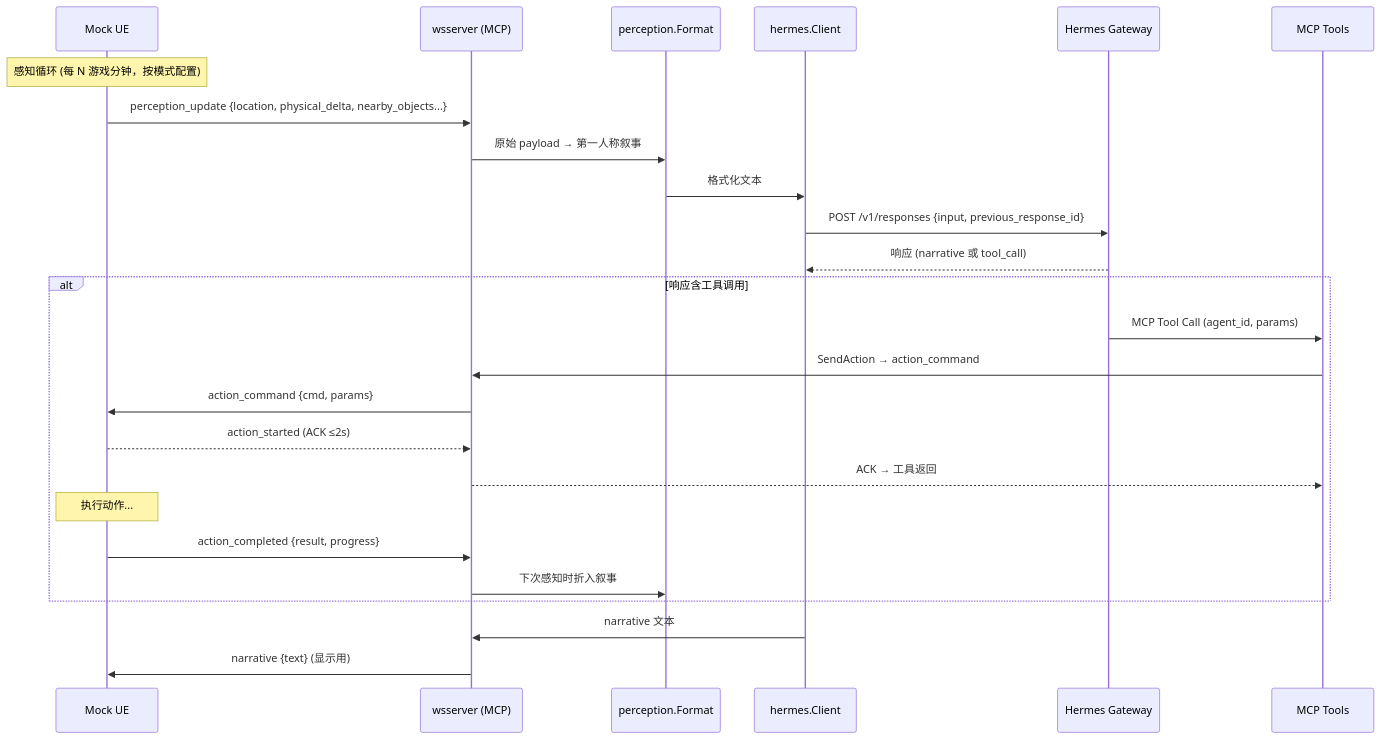
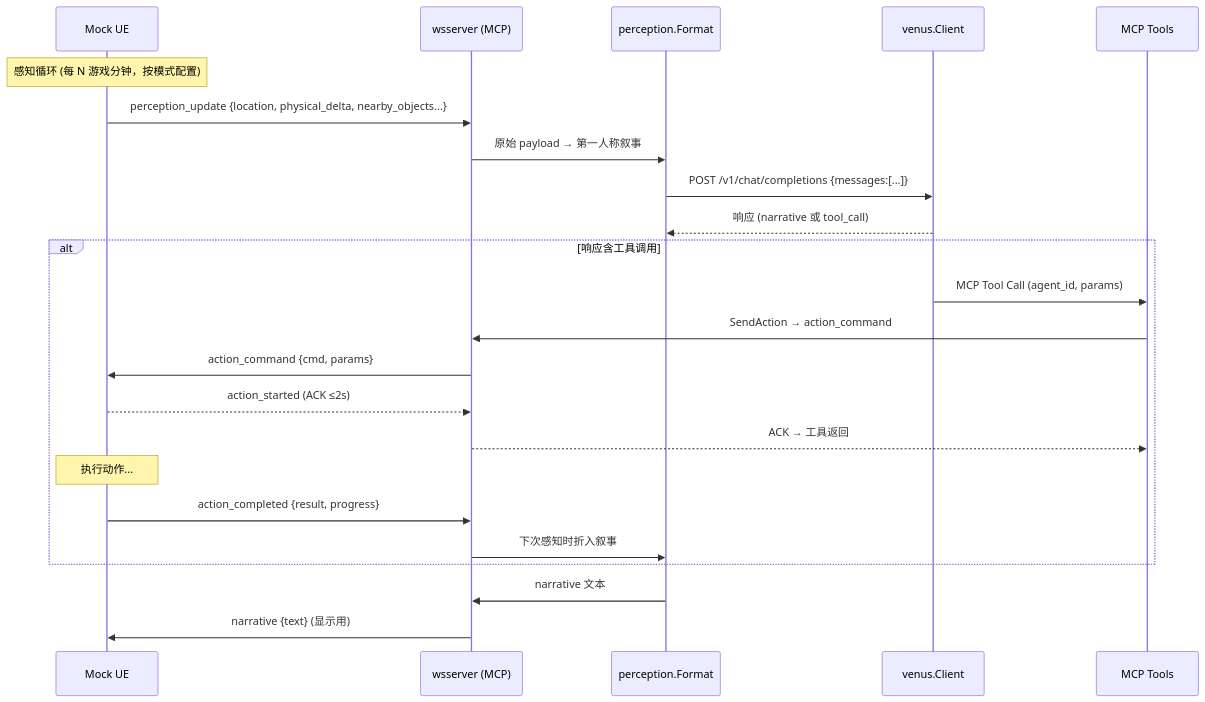
One commit to yitian-chen/SmartNPC changed the third of 5 diagrams in CODEBUDDY.md. Above: the diagram before and after it, drawn with Mermaid. The commit also changed other lines of this file, not shown here.

First line of the commit message:
docs(mcp): 更新 CODEBUDDY.md 移除 Hermes 引用

````diff
--- a/CODEBUDDY.md
+++ b/CODEBUDDY.md
@@ -113,30 +95,28 @@
 ```mermaid
 sequenceDiagram
     participant UE as Mock UE
     participant WS as wsserver (MCP)
     participant Fmt as perception.Format
-    participant HC as hermes.Client
-    participant H as Hermes Gateway
+    participant LLM as venus.Client
     participant Tools as MCP Tools
 
     Note over UE: 感知循环 (每 N 游戏分钟，按模式配置)
     UE->>WS: perception_update {location, physical_delta, nearby_objects...}
     WS->>Fmt: 原始 payload → 第一人称叙事
-    Fmt->>HC: 格式化文本
-    HC->>H: POST /v1/responses {input, previous_response_id}
-    H-->>HC: 响应 (narrative 或 tool_call)
+    Fmt->>LLM: POST /v1/chat/completions {messages:[...]}
+    LLM-->>Fmt: 响应 (narrative 或 tool_call)
     
     alt 响应含工具调用
-        H->>Tools: MCP Tool Call (agent_id, params)
+        LLM->>Tools: MCP Tool Call (agent_id, params)
         Tools->>WS: SendAction → action_command
         WS->>UE: action_command {cmd, params}
         UE-->>WS: action_started (ACK ≤2s)
         WS-->>Tools: ACK → 工具返回
         Note over UE: 执行动作...
         UE->>WS: action_completed {result, progress}
         WS->>Fmt: 下次感知时折入叙事
     end
     
-    HC->>WS: narrative 文本
+    Fmt->>WS: narrative 文本
     WS->>UE: narrative {text} (显示用)
 ```
````
